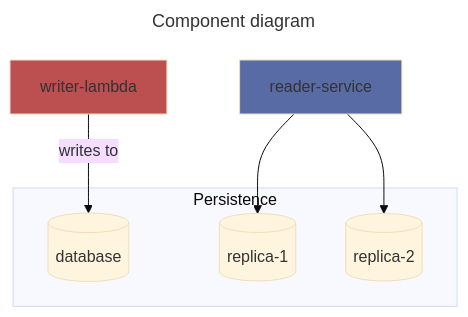
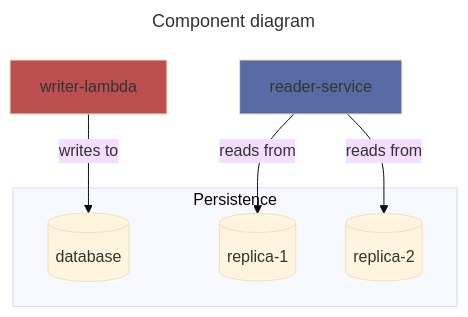
Before and after one commit to mcanlas/temporal-diagrams: the second of 2 diagrams in README.md, drawn with Mermaid (base theme). The commit also changed other lines of this file and 3 other files, not shown here.

````diff
--- a/README.md
+++ b/README.md
@@ -34,29 +34,29 @@
 ```mermaid
 ---
 title: Component diagram
 ---
 flowchart
   reader-service:::Service
 
   writer-lambda:::Lambda
 
   classDef Lambda fill:#bc4f4f
 
   classDef Service fill:#586ba4
 
   subgraph persistence [Persistence]
     database[(database)]:::Database
 
     replica-1[(replica-1)]:::Database
 
     replica-2[(replica-2)]:::Database
 
     classDef Service fill:#586ba4
   end
 
-  reader-service --> replica-1
+  reader-service -- reads from --> replica-1
 
-  reader-service --> replica-2
+  reader-service -- reads from --> replica-2
 
   writer-lambda -- writes to --> database
 ```
````
